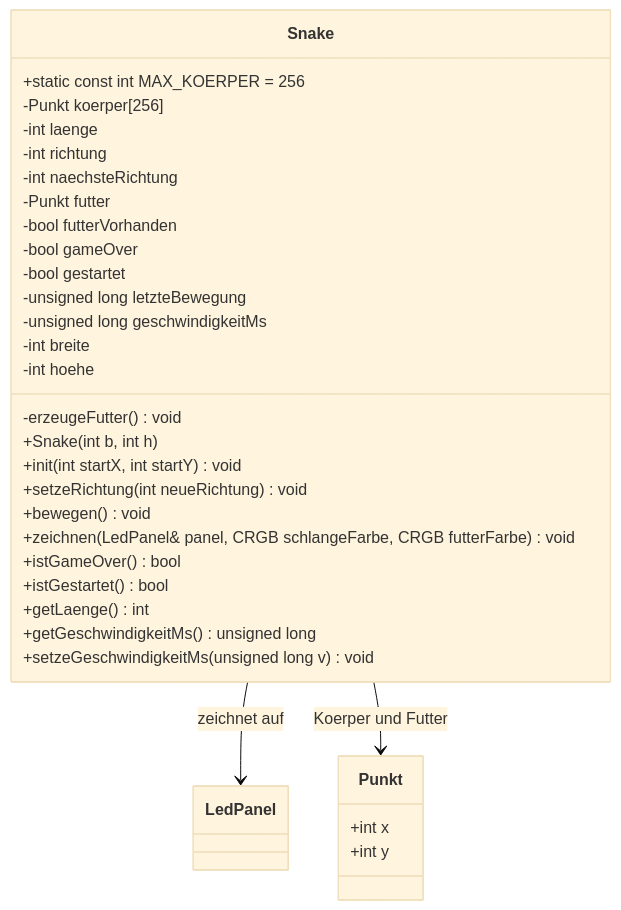
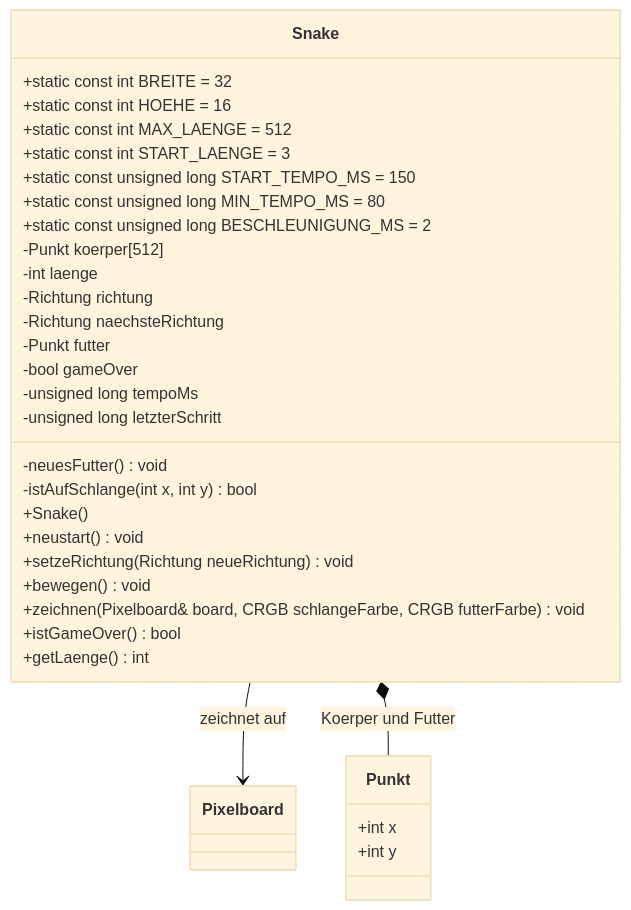
One commit to RedstPhillip/Pixelboard_code changed the sixth of 6 diagrams in documentation/uml.md. Above: the diagram before and after it, drawn with Mermaid (base theme). The commit also changed other lines of this file and 10 other files, not shown here.

First line of the commit message:
Snake auf Pixelboard 32x16, Code und Doku aufgeraeumt

````diff
--- a/documentation/uml.md
+++ b/documentation/uml.md
@@ -218,37 +217,37 @@
 ```mermaid
 classDiagram
   class Punkt {
     +int x
     +int y
   }
 
   class Snake {
-    +static const int MAX_KOERPER = 256
-    -Punkt koerper[256]
+    +static const int BREITE = 32
+    +static const int HOEHE = 16
+    +static const int MAX_LAENGE = 512
+    +static const int START_LAENGE = 3
+    +static const unsigned long START_TEMPO_MS = 150
+    +static const unsigned long MIN_TEMPO_MS = 80
+    +static const unsigned long BESCHLEUNIGUNG_MS = 2
+    -Punkt koerper[512]
     -int laenge
-    -int richtung
-    -int naechsteRichtung
+    -Richtung richtung
+    -Richtung naechsteRichtung
     -Punkt futter
-    -bool futterVorhanden
     -bool gameOver
-    -bool gestartet
-    -unsigned long letzteBewegung
-    -unsigned long geschwindigkeitMs
-    -int breite
-    -int hoehe
-    -erzeugeFutter() void
-    +Snake(int b, int h)
-    +init(int startX, int startY) void
-    +setzeRichtung(int neueRichtung) void
+    -unsigned long tempoMs
+    -unsigned long letzterSchritt
+    -neuesFutter() void
+    -istAufSchlange(int x, int y) bool
+    +Snake()
+    +neustart() void
+    +setzeRichtung(Richtung neueRichtung) void
     +bewegen() void
-    +zeichnen(LedPanel& panel, CRGB schlangeFarbe, CRGB futterFarbe) void
+    +zeichnen(Pixelboard& board, CRGB schlangeFarbe, CRGB futterFarbe) void
     +istGameOver() bool
-    +istGestartet() bool
     +getLaenge() int
-    +getGeschwindigkeitMs() unsigned long
-    +setzeGeschwindigkeitMs(unsigned long v) void
   }
 
-  Snake --> LedPanel : zeichnet auf
-  Snake --> Punkt : Koerper und Futter
+  Snake --> Pixelboard : zeichnet auf
+  Snake *-- Punkt : Koerper und Futter
 ```
````
